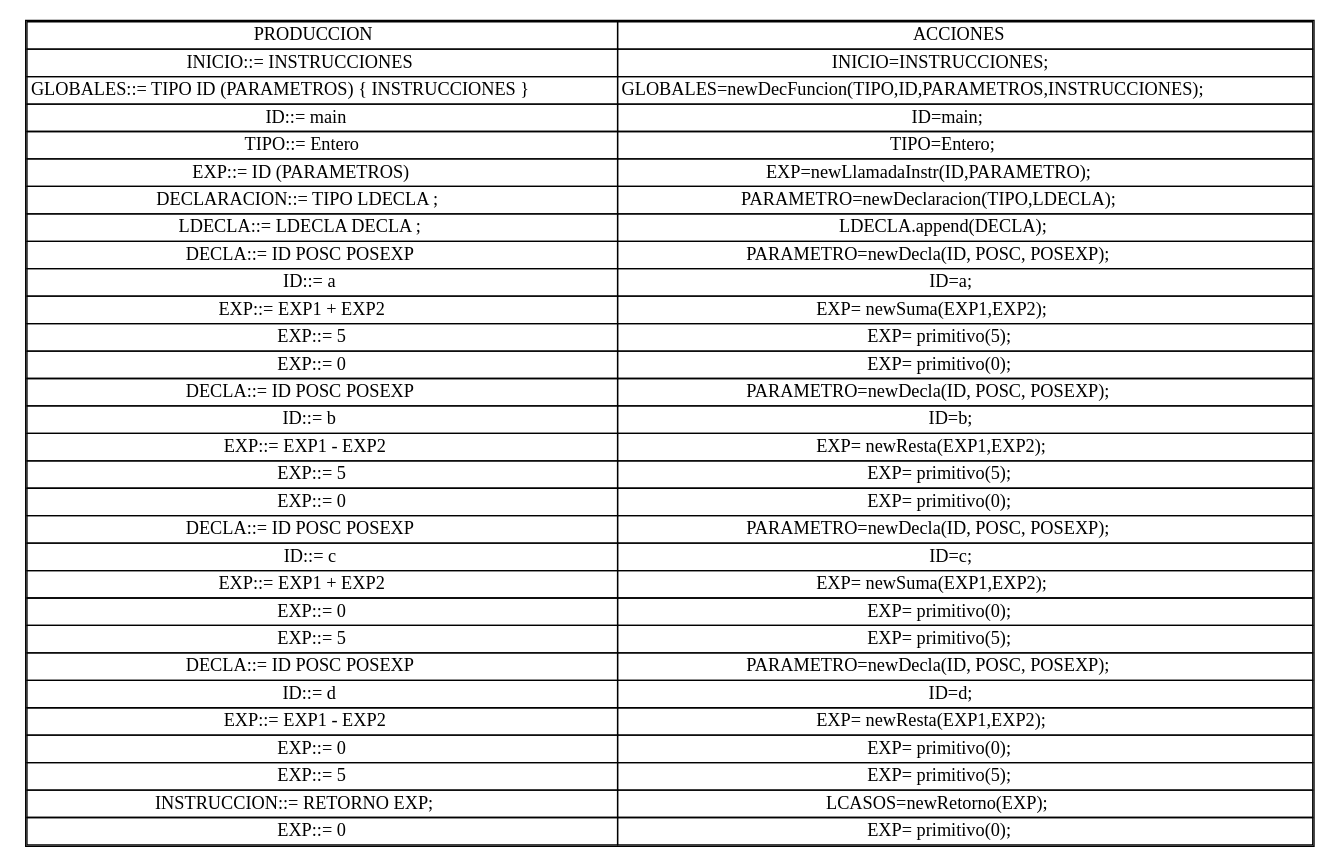
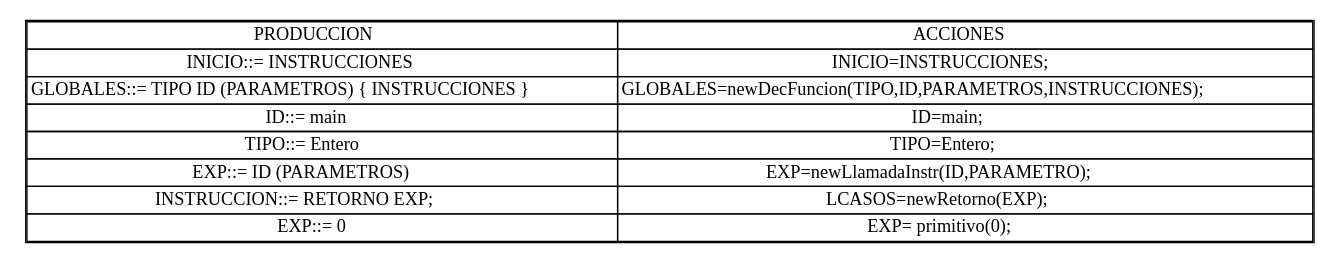
One commit to carlosE17/OLC2P2Junio2020 changed the diagram in reporteGramatical_minorC.dot. Above: the diagram before and after it, drawn with Graphviz. The commit also changed 42 other files, not shown here.

```diff
--- a/reporteGramatical_minorC.dot
+++ b/reporteGramatical_minorC.dot
@@ -1,37 +1,13 @@
 digraph {
 node0 [    shape=plaintext
     label=<
 
       <table cellspacing='0'>
       <tr><td>PRODUCCION</td><td>ACCIONES</td></tr>
 <tr><td>INICIO::= INSTRUCCIONES </td><td> INICIO=INSTRUCCIONES; </td></tr>
 <tr><td>GLOBALES::= TIPO ID (PARAMETROS) { INSTRUCCIONES } </td><td> GLOBALES=newDecFuncion(TIPO,ID,PARAMETROS,INSTRUCCIONES); </td></tr>
 <tr><td>ID::= main  </td><td> ID=main;  </td></tr>
-<tr><td>TIPO::= Entero  </td><td> TIPO=Entero;  </td></tr><tr><td>EXP::= ID (PARAMETROS)  </td><td> EXP=newLlamadaInstr(ID,PARAMETRO); </td></tr><tr><td>DECLARACION::= TIPO LDECLA ;  </td><td> PARAMETRO=newDeclaracion(TIPO,LDECLA); </td></tr><tr><td>LDECLA::= LDECLA DECLA ;  </td><td> LDECLA.append(DECLA); </td></tr><tr><td>DECLA::= ID POSC POSEXP </td><td> PARAMETRO=newDecla(ID, POSC, POSEXP); </td></tr>
-<tr><td>ID::= a  </td><td> ID=a;  </td></tr>
-<tr><td>EXP::= EXP1 + EXP2 </td><td> EXP= newSuma(EXP1,EXP2);  </td></tr>
-
-<tr><td>EXP::= 5 </td><td> EXP= primitivo(5);  </td></tr>
-
-<tr><td>EXP::= 0 </td><td> EXP= primitivo(0);  </td></tr><tr><td>DECLA::= ID POSC POSEXP </td><td> PARAMETRO=newDecla(ID, POSC, POSEXP); </td></tr>
-<tr><td>ID::= b  </td><td> ID=b;  </td></tr>
-<tr><td>EXP::= EXP1 - EXP2 </td><td> EXP= newResta(EXP1,EXP2);  </td></tr>
-
-<tr><td>EXP::= 5 </td><td> EXP= primitivo(5);  </td></tr>
-
-<tr><td>EXP::= 0 </td><td> EXP= primitivo(0);  </td></tr><tr><td>DECLA::= ID POSC POSEXP </td><td> PARAMETRO=newDecla(ID, POSC, POSEXP); </td></tr>
-<tr><td>ID::= c  </td><td> ID=c;  </td></tr>
-<tr><td>EXP::= EXP1 + EXP2 </td><td> EXP= newSuma(EXP1,EXP2);  </td></tr>
-
-<tr><td>EXP::= 0 </td><td> EXP= primitivo(0);  </td></tr>
-
-<tr><td>EXP::= 5 </td><td> EXP= primitivo(5);  </td></tr><tr><td>DECLA::= ID POSC POSEXP </td><td> PARAMETRO=newDecla(ID, POSC, POSEXP); </td></tr>
-<tr><td>ID::= d  </td><td> ID=d;  </td></tr>
-<tr><td>EXP::= EXP1 - EXP2 </td><td> EXP= newResta(EXP1,EXP2);  </td></tr>
-
-<tr><td>EXP::= 0 </td><td> EXP= primitivo(0);  </td></tr>
-
-<tr><td>EXP::= 5 </td><td> EXP= primitivo(5);  </td></tr><tr><td>INSTRUCCION::= RETORNO EXP;  </td><td> LCASOS=newRetorno(EXP); </td></tr>
+<tr><td>TIPO::= Entero  </td><td> TIPO=Entero;  </td></tr><tr><td>EXP::= ID (PARAMETROS)  </td><td> EXP=newLlamadaInstr(ID,PARAMETRO); </td></tr><tr><td>INSTRUCCION::= RETORNO EXP;  </td><td> LCASOS=newRetorno(EXP); </td></tr>
 <tr><td>EXP::= 0 </td><td> EXP= primitivo(0);  </td></tr>
     </table>
 >];}
```
